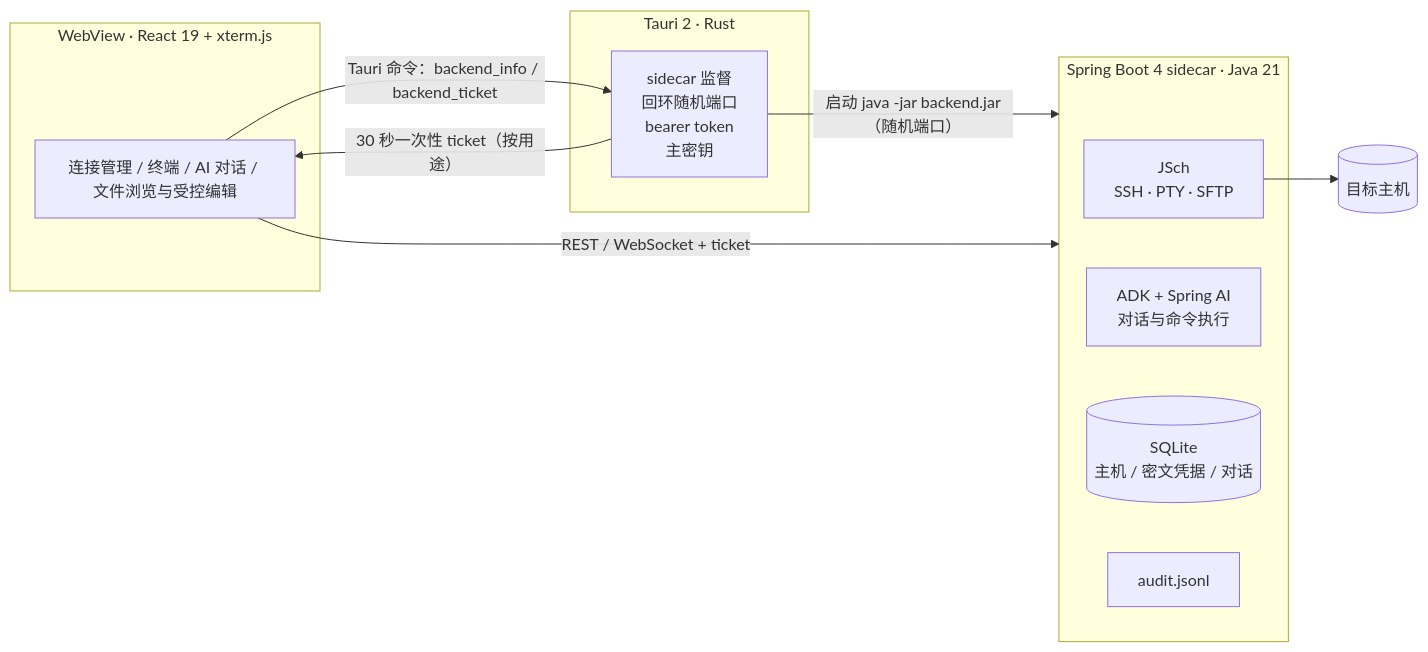
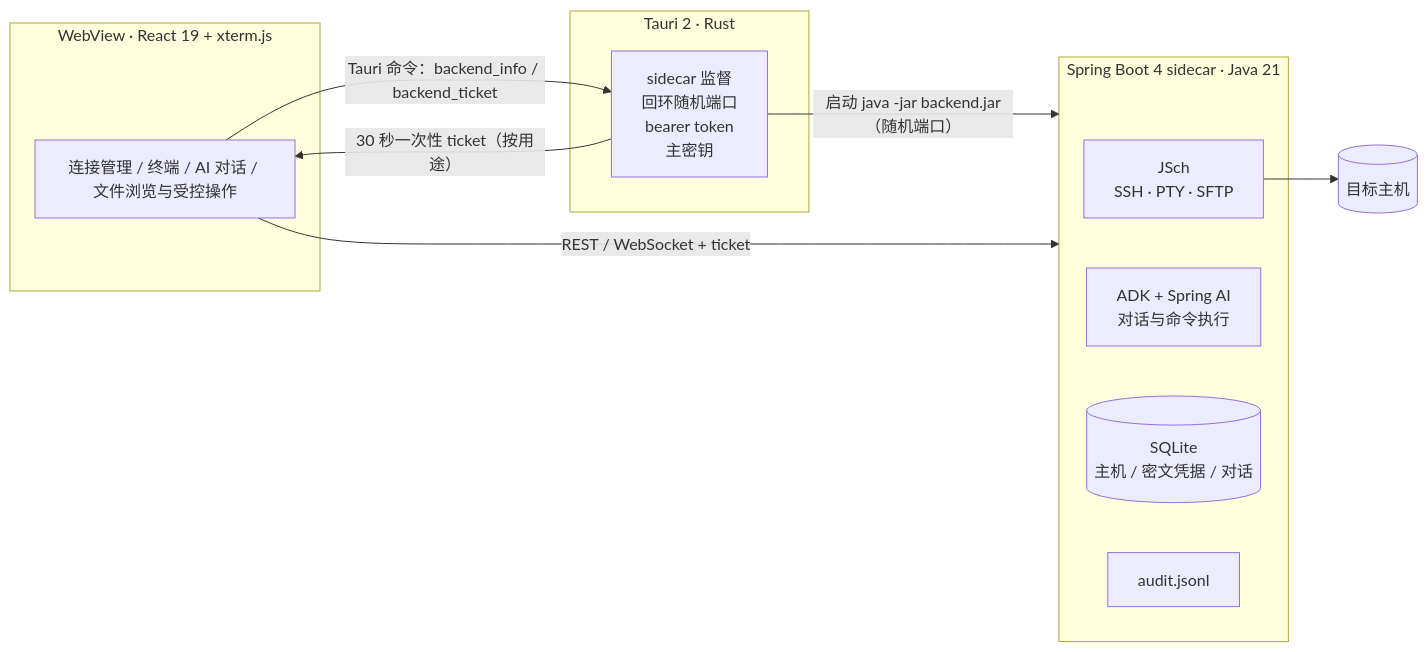
One commit to shengpj/aiShell changed the diagram in README.md. Above: the diagram before and after it, drawn with Mermaid. The commit also changed other lines of this file, not shown here.

````diff
--- a/README.md
+++ b/README.md
@@ -46,22 +46,22 @@
 ```mermaid
 flowchart LR
   subgraph W[WebView · React 19 + xterm.js]
-    UI["连接管理 / 终端 / AI 对话 / 文件浏览与受控编辑"]
+    UI["连接管理 / 终端 / AI 对话 / 文件浏览与受控操作"]
   end
   subgraph R[Tauri 2 · Rust]
     S["sidecar 监督<br/>回环随机端口<br/>bearer token<br/>主密钥"]
   end
   subgraph B[Spring Boot 4 sidecar · Java 21]
     SSH["JSch<br/>SSH · PTY · SFTP"]
     AI["ADK + Spring AI<br/>对话与命令执行"]
     DB[("SQLite<br/>主机 / 密文凭据 / 对话")]
     AUD["audit.jsonl"]
   end
   Target[("目标主机")]
 
   UI -- "Tauri 命令：backend_info / backend_ticket" --> S
   S -- "30 秒一次性 ticket（按用途）" --> UI
   S -- "启动 java -jar backend.jar（随机端口）" --> B
   UI -- "REST / WebSocket + ticket" --> B
   SSH --> Target
 ```
````
